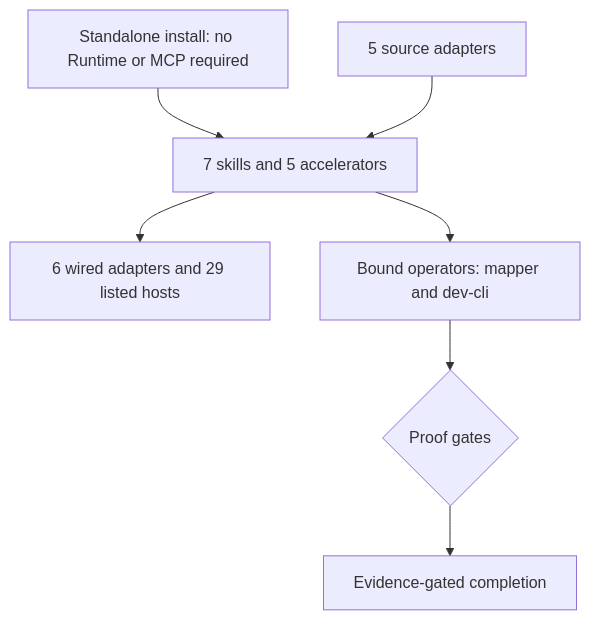
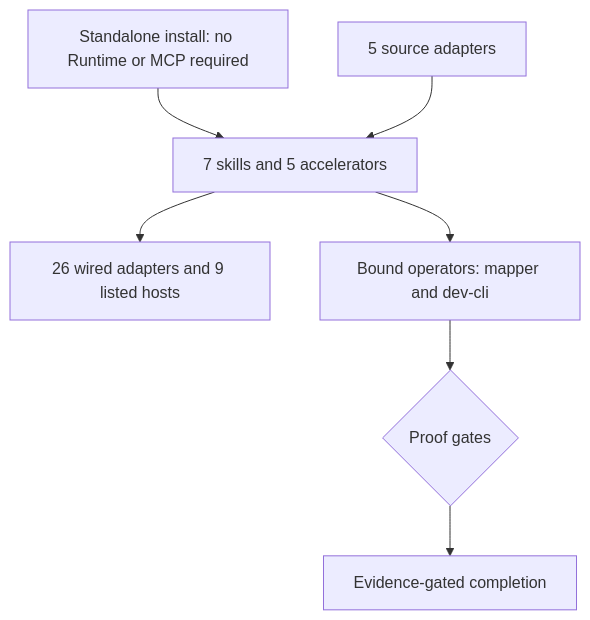
One commit to simpletibr/simplicio-loop changed diagram 12 of 16 in docs/GUIDE.md. Above: the diagram before and after it, drawn with Mermaid. The commit also changed other lines of this file and 93 other files, not shown here.

````diff
--- a/docs/GUIDE.md
+++ b/docs/GUIDE.md
@@ -455,9 +455,9 @@
 ```mermaid
 flowchart TB
   INSTALL["Standalone install: no Runtime or MCP required"] --> SKILLS["7 skills and 5 accelerators"]
   SRC["5 source adapters"] --> SKILLS
-  SKILLS --> RT["6 wired adapters and 29 listed hosts"]
+  SKILLS --> RT["26 wired adapters and 9 listed hosts"]
   SKILLS --> OPS["Bound operators: mapper and dev-cli"]
   OPS --> PROOF{"Proof gates"}
   PROOF --> OUT["Evidence-gated completion"]
 ```
````
